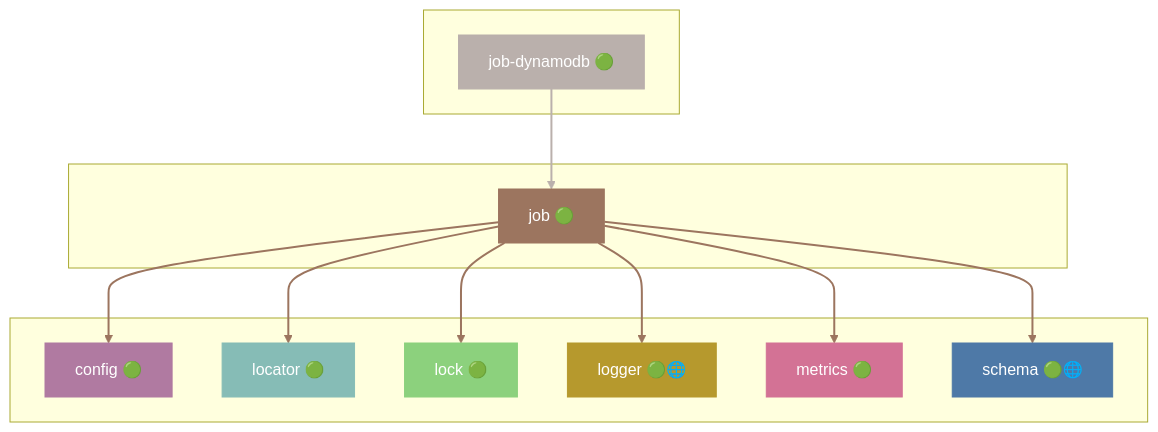
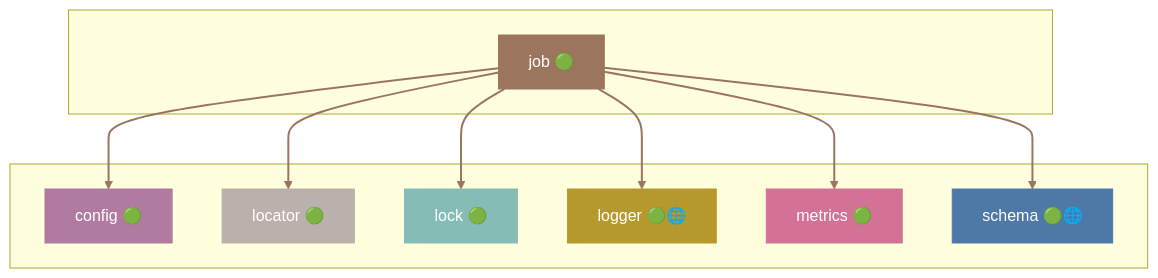
One commit to grest-ts/grest-ts changed diagram 28 of 48 in docs/DEPENDENCIES.md. Above: the diagram before and after it, drawn with Mermaid. The commit also changed other lines of this file and 54 other files, not shown here.

First line of the commit message:
lock as the foundation: @grest-ts/lock-dynamodb, withLock, release cooldown; job takes any GGLock

````diff
--- a/docs/DEPENDENCIES.md
+++ b/docs/DEPENDENCIES.md
@@ -1411,39 +1421,33 @@
 ```mermaid
 flowchart TB
-    subgraph Dependents[" "]
-        job-dynamodb["job-dynamodb 🟢"]
-    end
     subgraph Package[" "]
         job["job 🟢"]
     end
     subgraph Dependencies[" "]
         config["config 🟢"]
         locator["locator 🟢"]
         lock["lock 🟢"]
         logger["logger 🟢🌐"]
         metrics["metrics 🟢"]
         schema["schema 🟢🌐"]
     end
-    job-dynamodb --> job
     job --> config
     job --> locator
     job --> lock
     job --> logger
     job --> metrics
     job --> schema
     style job fill:#9C755F,stroke:#9C755F,color:#fff
-    style job-dynamodb fill:#BAB0AC,stroke:#BAB0AC,color:#fff
     style config fill:#B07AA1,stroke:#B07AA1,color:#fff
-    style locator fill:#86BCB6,stroke:#86BCB6,color:#fff
-    style lock fill:#8CD17D,stroke:#8CD17D,color:#fff
+    style locator fill:#BAB0AC,stroke:#BAB0AC,color:#fff
+    style lock fill:#86BCB6,stroke:#86BCB6,color:#fff
     style logger fill:#B6992D,stroke:#B6992D,color:#fff
     style metrics fill:#D37295,stroke:#D37295,color:#fff
     style schema fill:#4E79A7,stroke:#4E79A7,color:#fff
-    linkStyle 0 stroke:#BAB0AC,stroke-width:2px
+    linkStyle 0 stroke:#9C755F,stroke-width:2px
     linkStyle 1 stroke:#9C755F,stroke-width:2px
     linkStyle 2 stroke:#9C755F,stroke-width:2px
     linkStyle 3 stroke:#9C755F,stroke-width:2px
     linkStyle 4 stroke:#9C755F,stroke-width:2px
     linkStyle 5 stroke:#9C755F,stroke-width:2px
-    linkStyle 6 stroke:#9C755F,stroke-width:2px
 ```
````
